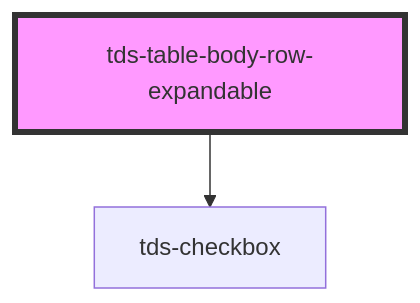
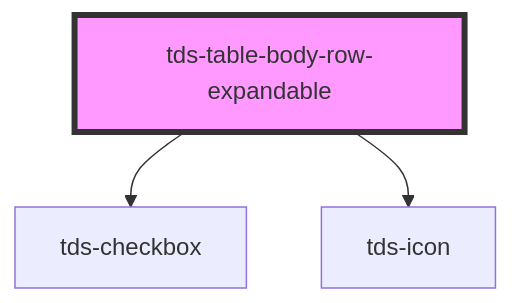
Before and after one commit to scania-digital-design-system/tegel: the diagram in packages/core/src/components/table/table-body-row-expandable/readme.md, drawn with Mermaid. The commit also changed other lines of this file and 5 other files, not shown here.

Commit message:
fix(tds-table): add bottom border to expanded cell with vertical dividers + fix hover column color

````diff
--- a/packages/core/src/components/table/table-body-row-expandable/readme.md
+++ b/packages/core/src/components/table/table-body-row-expandable/readme.md
@@ -124,5 +125,6 @@
 ```mermaid
 graph TD;
   tds-table-body-row-expandable --> tds-checkbox
+  tds-table-body-row-expandable --> tds-icon
   style tds-table-body-row-expandable fill:#f9f,stroke:#333,stroke-width:4px
 ```
````
